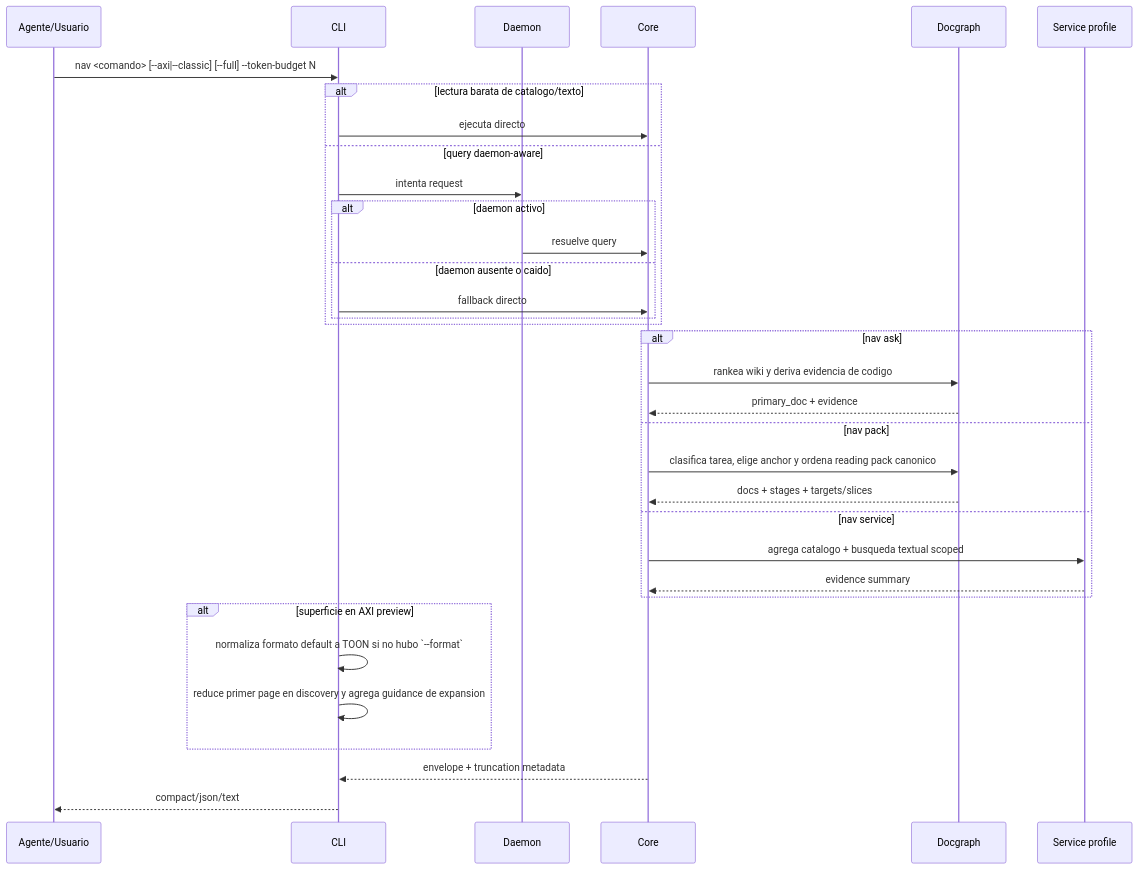
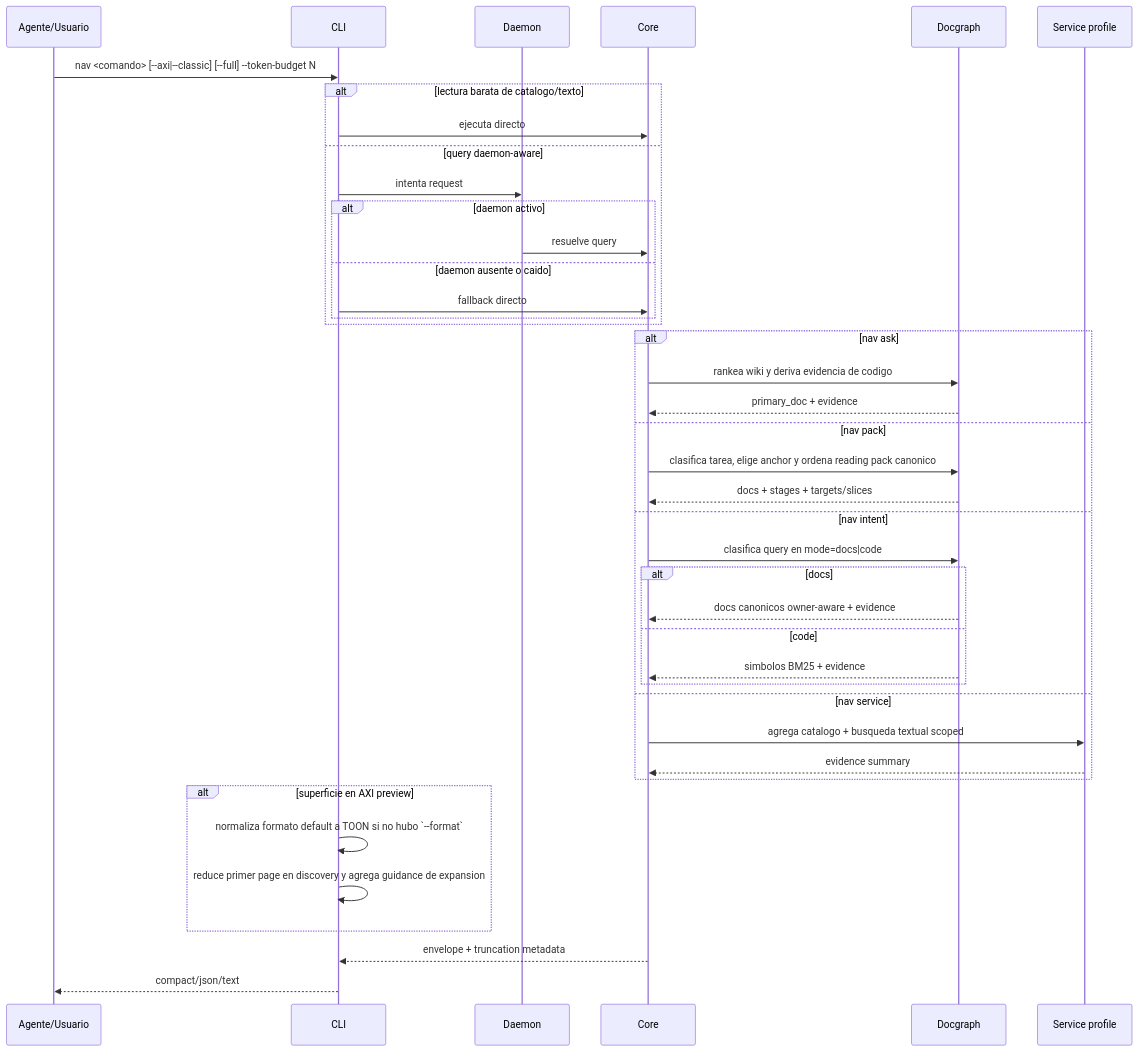
Before and after one commit to fgpaz/mi-lsp: the diagram in .docs/wiki/03_FL/FL-QRY-01.md, drawn with Mermaid. The commit also changed other lines of this file and 101 other files, not shown here.

````diff
--- a/.docs/wiki/03_FL/FL-QRY-01.md
+++ b/.docs/wiki/03_FL/FL-QRY-01.md
@@ -38,37 +41,44 @@
 ```mermaid
 sequenceDiagram
     participant A as Agente/Usuario
     participant CLI as CLI
     participant D as Daemon
     participant C as Core
     participant DG as Docgraph
     participant X as Service profile
 
     A->>CLI: nav <comando> [--axi|--classic] [--full] --token-budget N
     alt lectura barata de catalogo/texto
         CLI->>C: ejecuta directo
     else query daemon-aware
         CLI->>D: intenta request
         alt daemon activo
             D->>C: resuelve query
         else daemon ausente o caido
             CLI->>C: fallback directo
         end
     end
     alt nav ask
         C->>DG: rankea wiki y deriva evidencia de codigo
         DG-->>C: primary_doc + evidence
     else nav pack
         C->>DG: clasifica tarea, elige anchor y ordena reading pack canonico
         DG-->>C: docs + stages + targets/slices
+    else nav intent
+        C->>DG: clasifica query en mode=docs|code
+        alt docs
+            DG-->>C: docs canonicos owner-aware + evidence
+        else code
+            DG-->>C: simbolos BM25 + evidence
+        end
     else nav service
         C->>X: agrega catalogo + busqueda textual scoped
         X-->>C: evidence summary
     end
     alt superficie en AXI preview
         CLI->>CLI: normaliza formato default a TOON si no hubo `--format`
         CLI->>CLI: reduce primer page en discovery y agrega guidance de expansion
     end
     C-->>CLI: envelope + truncation metadata
     CLI-->>A: compact/json/text
 ```
````
